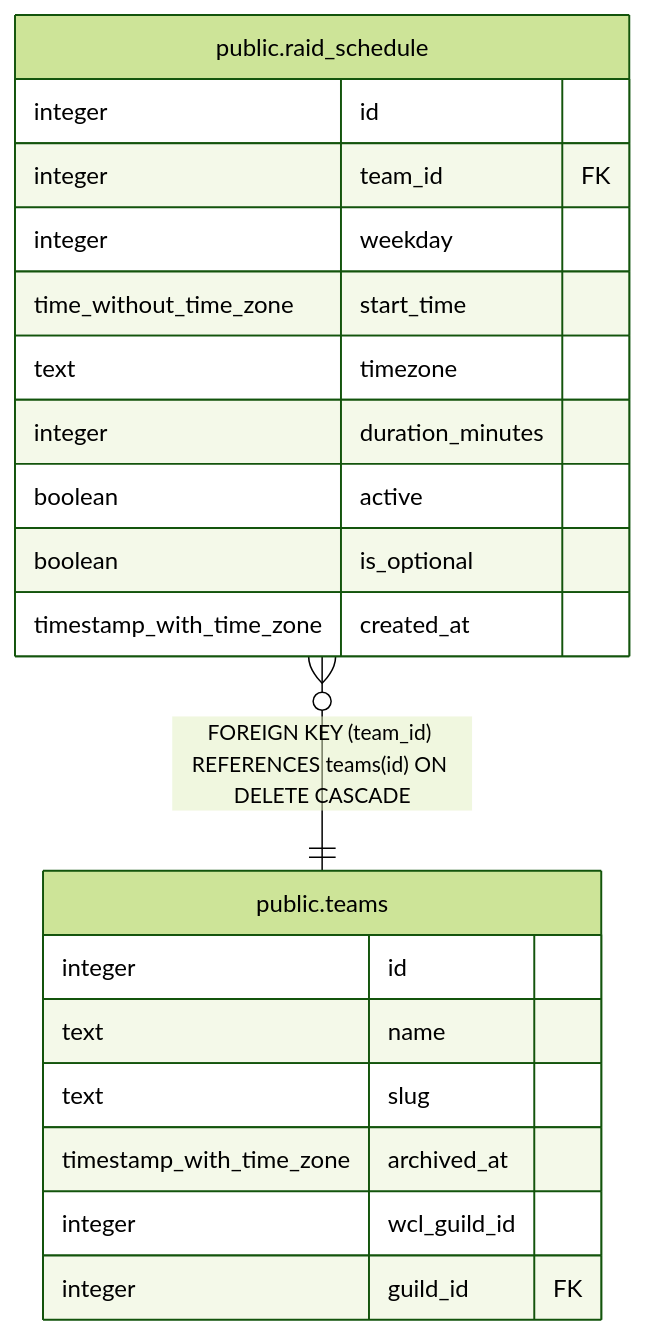
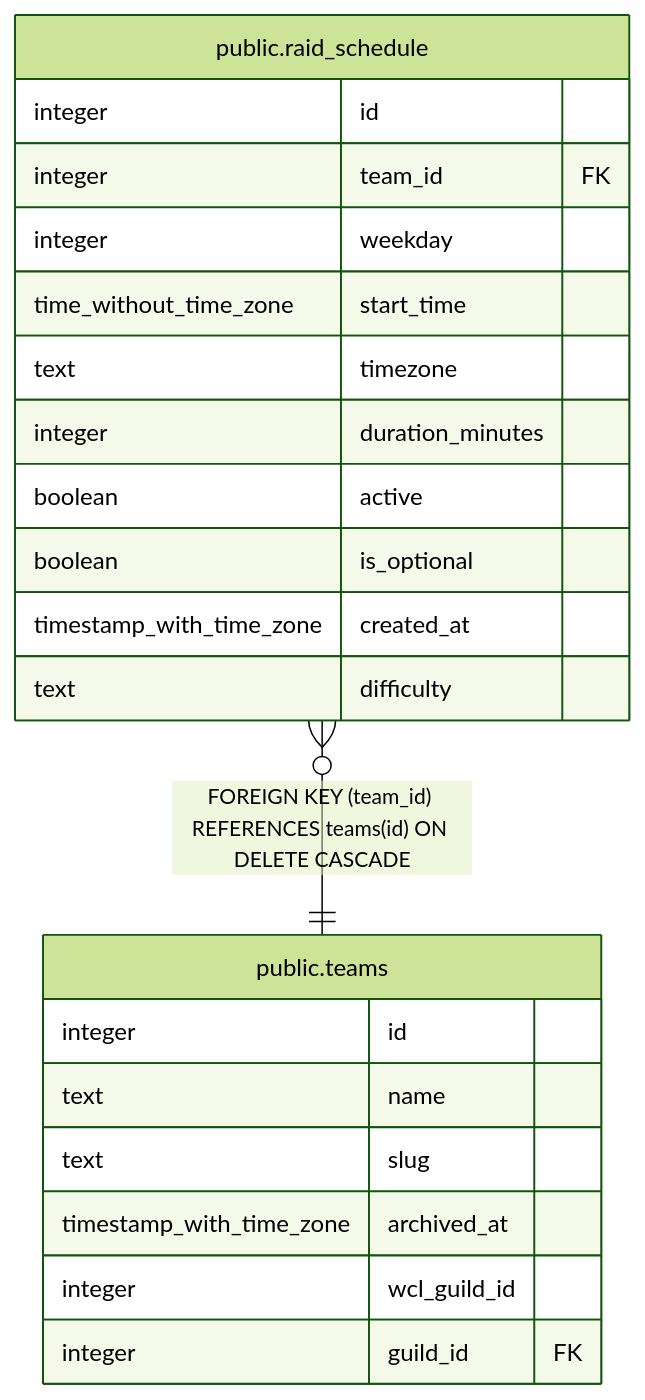
The diagram in dbdoc/public.raid_schedule.md (katogaming88/WGA-Raid-Hub), drawn with Mermaid (forest theme) before and after one commit. The commit also changed other lines of this file and 25 other files, not shown here.

````diff
--- a/dbdoc/public.raid_schedule.md
+++ b/dbdoc/public.raid_schedule.md
@@ -39,25 +41,26 @@
 ```mermaid
 erDiagram
 
 "public.raid_schedule" }o--|| "public.teams" : "FOREIGN KEY (team_id) REFERENCES teams(id) ON DELETE CASCADE"
 
 "public.raid_schedule" {
   integer id
   integer team_id FK
   integer weekday
   time_without_time_zone start_time
   text timezone
   integer duration_minutes
   boolean active
   boolean is_optional
   timestamp_with_time_zone created_at
+  text difficulty
 }
 "public.teams" {
   integer id
   text name
   text slug
   timestamp_with_time_zone archived_at
   integer wcl_guild_id
   integer guild_id FK
 }
 ```
````
